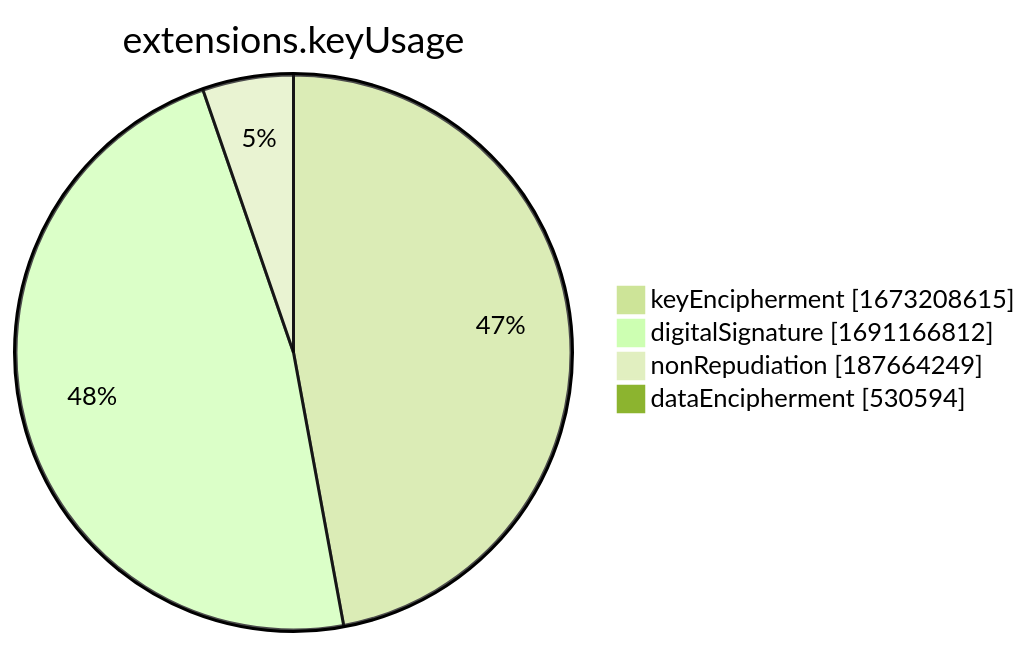
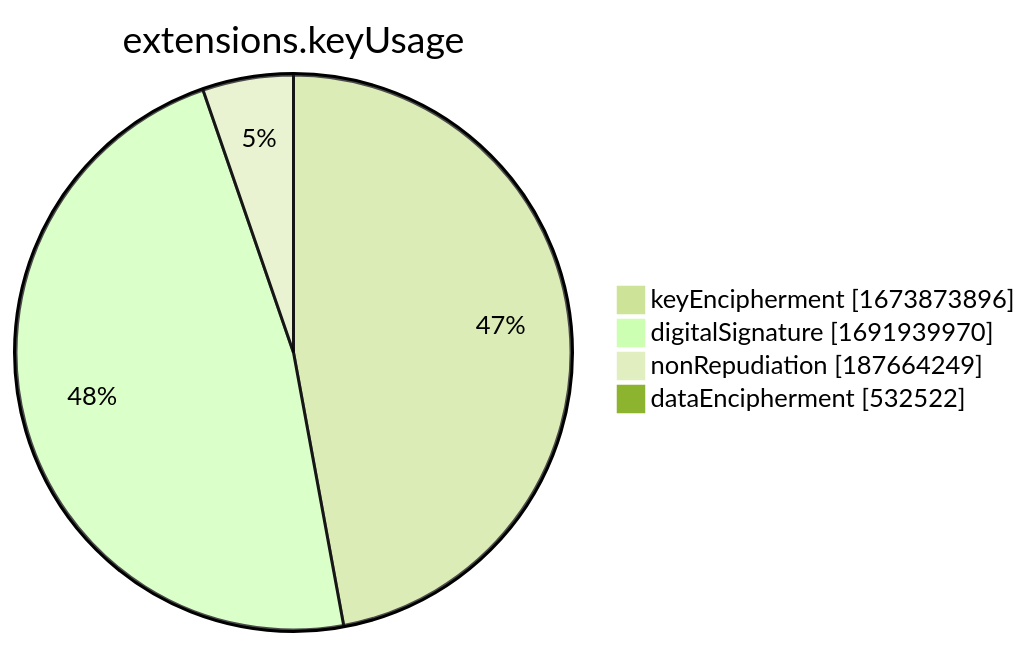
One commit to christiankrug/ctmonitor_visualization changed the seventh of 15 diagrams in xenon2022/README.md. Above: the diagram before and after it, drawn with Mermaid (forest theme). The commit also changed other lines of this file, not shown here.

````diff
--- a/xenon2022/README.md
+++ b/xenon2022/README.md
@@ -2857,8 +2857,8 @@
 ```mermaid
 pie showData
 title extensions.keyUsage
-"keyEncipherment" :1673208615
-"digitalSignature" :1691166812
+"keyEncipherment" :1673873896
+"digitalSignature" :1691939970
 "nonRepudiation" :187664249
-"dataEncipherment" :530594
+"dataEncipherment" :532522
 ```
````
